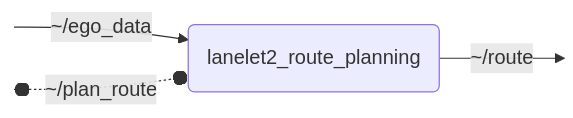
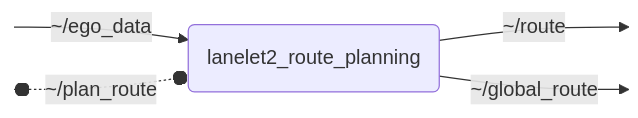
The diagram in lanelet2_route_planning/README.md (openads-project/lanelet2_route_planning), drawn with Mermaid before and after one commit. The commit also changed other lines of this file and 20 other files, not shown here.

Commit message:
publish global route separately as simpler message

````diff
--- a/lanelet2_route_planning/README.md
+++ b/lanelet2_route_planning/README.md
@@ -11,8 +13,9 @@
 ```mermaid
 flowchart LR
     NODE("lanelet2_route_planning")
     S0:::hidden -->|~/ego_data| NODE
     NODE -->|~/route| P0:::hidden
+    NODE -->|~/global_route| P1:::hidden
     AS0:::hidden o-.-o|~/plan_route| NODE
     classDef hidden display: none;
 ```
````
